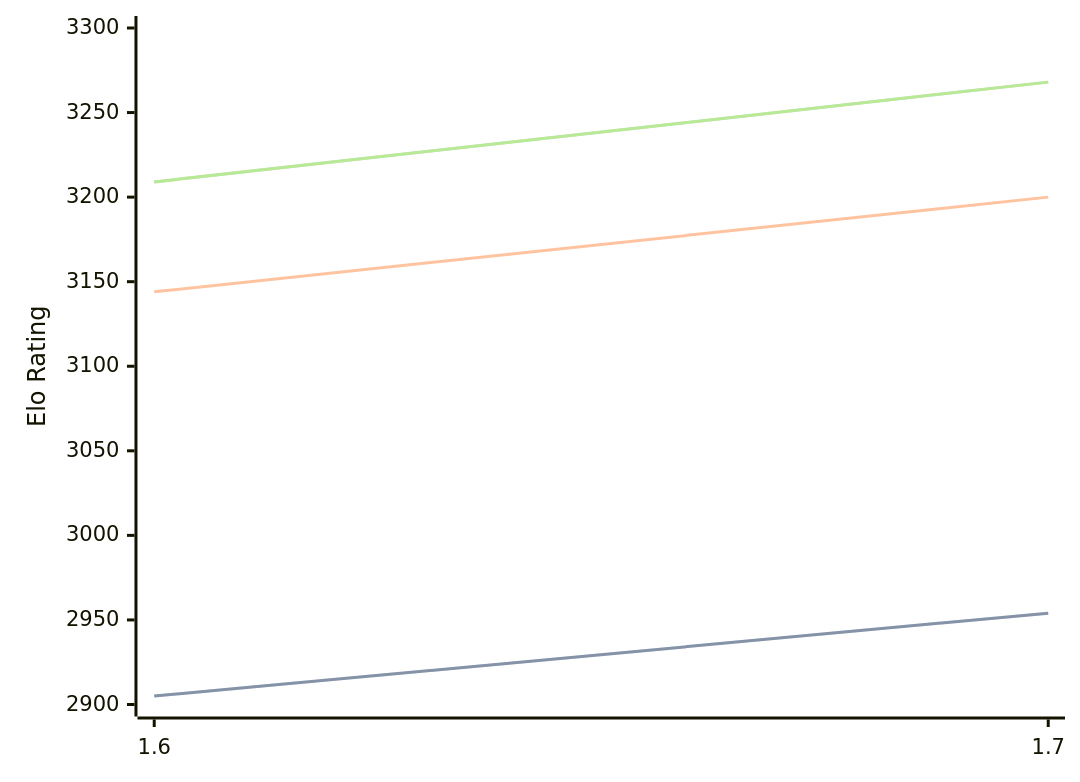
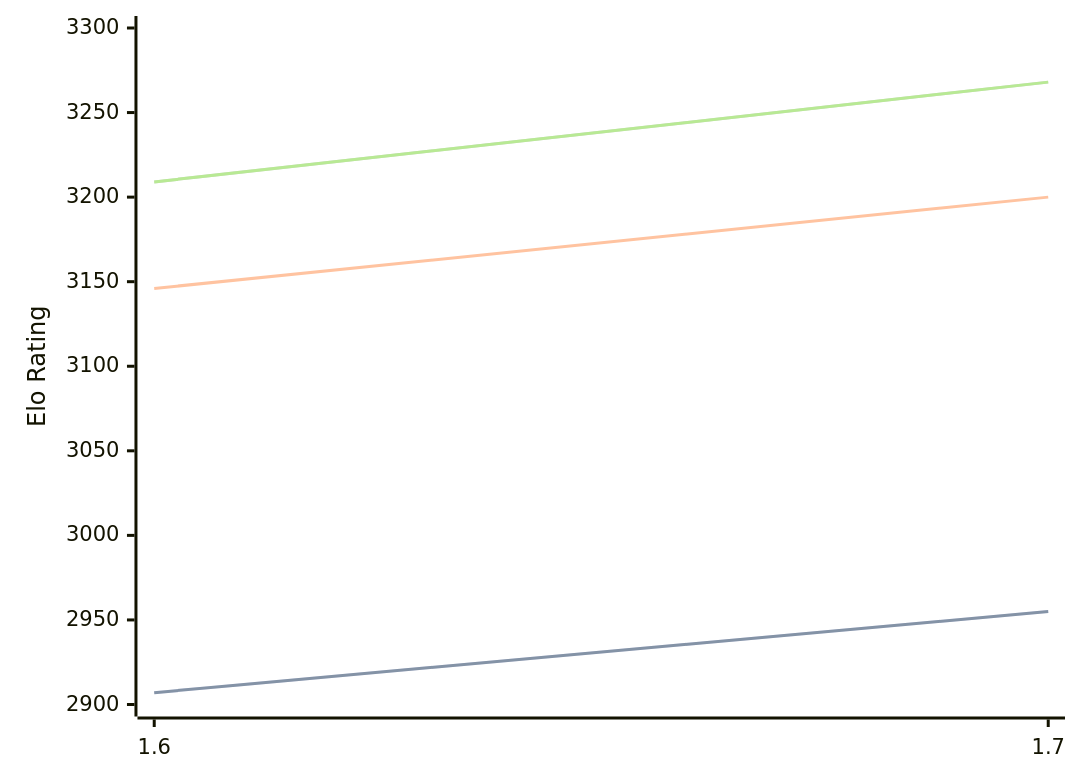
The diagram in engines/Bitbit.md (computer-chess-index/cci), drawn with Mermaid before and after one commit. The commit also changed other lines of this file, not shown here.

````diff
--- a/engines/Bitbit.md
+++ b/engines/Bitbit.md
@@ -32,11 +32,11 @@
 ```mermaid
 %%{init: {"theme":"base","themeVariables":{"seriesColors:['#a3a3a3','#222221','#faa371']}}}%%
 xychart-beta
   x-axis ["1.6", "1.7"]
   y-axis "Elo Rating" 2900 --> 3300
-  line "" [2905, 2954]
-  line "STC (8.0+0.08s)" [2905, 2954]
-  line "LTC (60.0+0.60s)" [3144, 3200]
+  line "" [2907, 2955]
+  line "STC (8.0+0.08s)" [2907, 2955]
+  line "LTC (60.0+0.60s)" [3146, 3200]
   line "" [3209, 3268]
   line "VLTC (2m24s+1.12s)" [3209, 3268]
 ```
````
